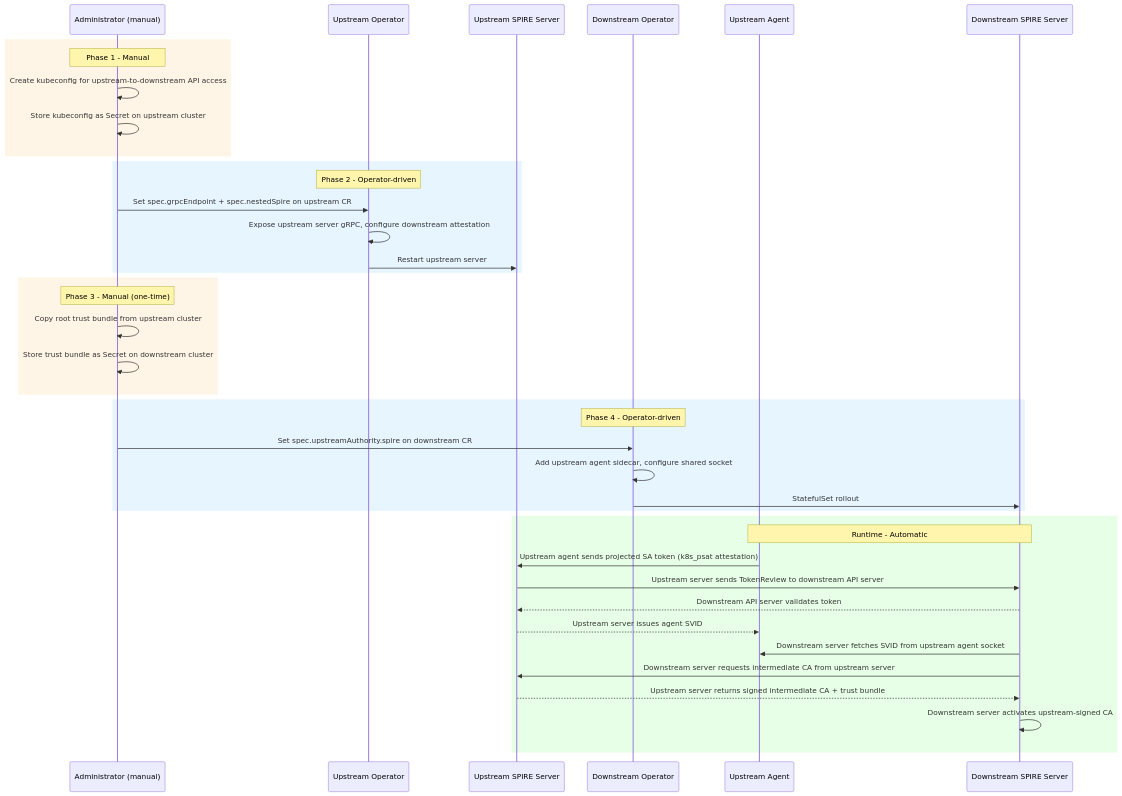
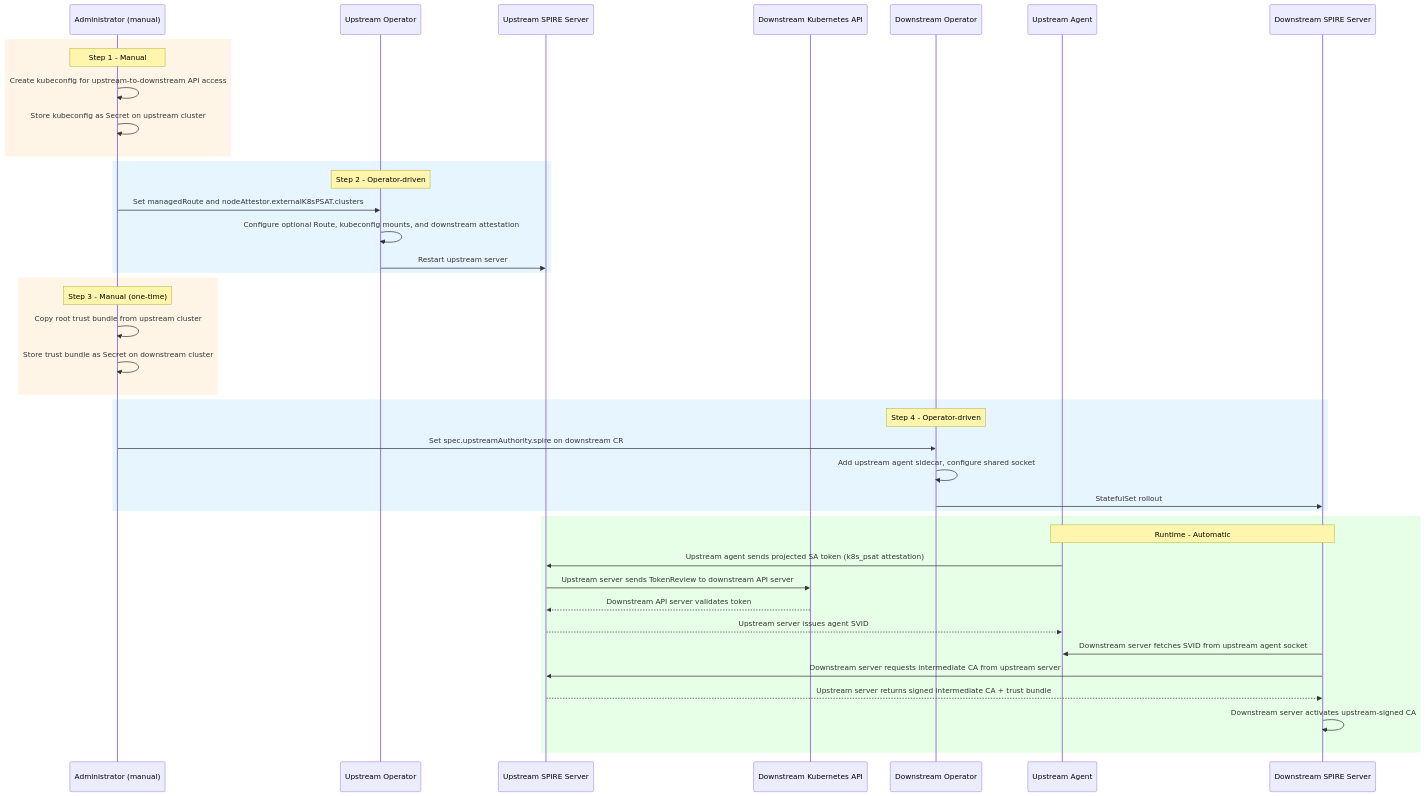
Before and after one commit to openshift/enhancements: the diagram in enhancements/workload-identity-management/nested-spire-support.md, drawn with Mermaid. The commit also changed other lines of this file, not shown here.

Commit message:
address reviewer feedback: restructure API, clarify operational behavior

````diff
--- a/enhancements/workload-identity-management/nested-spire-support.md
+++ b/enhancements/workload-identity-management/nested-spire-support.md
@@ -109,47 +109,48 @@
 ```mermaid
 sequenceDiagram
     participant Admin as Administrator (manual)
     participant UpOp as Upstream Operator
     participant UpSrv as Upstream SPIRE Server
+    participant DownAPI as Downstream Kubernetes API
     participant DownOp as Downstream Operator
     participant UpAgent as Upstream Agent
     participant DownSrv as Downstream SPIRE Server
 
     rect rgb(255, 245, 230)
-    Note over Admin: Phase 1 - Manual
+    Note over Admin: Step 1 - Manual
     Admin->>Admin: Create kubeconfig for upstream-to-downstream API access
     Admin->>Admin: Store kubeconfig as Secret on upstream cluster
     end
 
     rect rgb(230, 245, 255)
-    Note over UpOp: Phase 2 - Operator-driven
-    Admin->>UpOp: Set spec.grpcEndpoint + spec.nestedSpire on upstream CR
-    UpOp->>UpOp: Expose upstream server gRPC, configure downstream attestation
+    Note over UpOp: Step 2 - Operator-driven
+    Admin->>UpOp: Set managedRoute and nodeAttestor.externalK8sPSAT.clusters
+    UpOp->>UpOp: Configure optional Route, kubeconfig mounts, and downstream attestation
     UpOp->>UpSrv: Restart upstream server
     end
 
     rect rgb(255, 245, 230)
-    Note over Admin: Phase 3 - Manual (one-time)
+    Note over Admin: Step 3 - Manual (one-time)
     Admin->>Admin: Copy root trust bundle from upstream cluster
     Admin->>Admin: Store trust bundle as Secret on downstream cluster
     end
 
     rect rgb(230, 245, 255)
-    Note over DownOp: Phase 4 - Operator-driven
+    Note over DownOp: Step 4 - Operator-driven
     Admin->>DownOp: Set spec.upstreamAuthority.spire on downstream CR
     DownOp->>DownOp: Add upstream agent sidecar, configure shared socket
     DownOp->>DownSrv: StatefulSet rollout
     end
 
     rect rgb(230, 255, 230)
     Note over UpAgent,DownSrv: Runtime - Automatic
     UpAgent->>UpSrv: Upstream agent sends projected SA token (k8s_psat attestation)
-    UpSrv->>DownSrv: Upstream server sends TokenReview to downstream API server
-    DownSrv-->>UpSrv: Downstream API server validates token
+    UpSrv->>DownAPI: Upstream server sends TokenReview to downstream API server
+    DownAPI-->>UpSrv: Downstream API server validates token
     UpSrv-->>UpAgent: Upstream server issues agent SVID
     DownSrv->>UpAgent: Downstream server fetches SVID from upstream agent socket
     DownSrv->>UpSrv: Downstream server requests intermediate CA from upstream server
     UpSrv-->>DownSrv: Upstream server returns signed intermediate CA + trust bundle
     DownSrv->>DownSrv: Downstream server activates upstream-signed CA
     end
 ```
````
